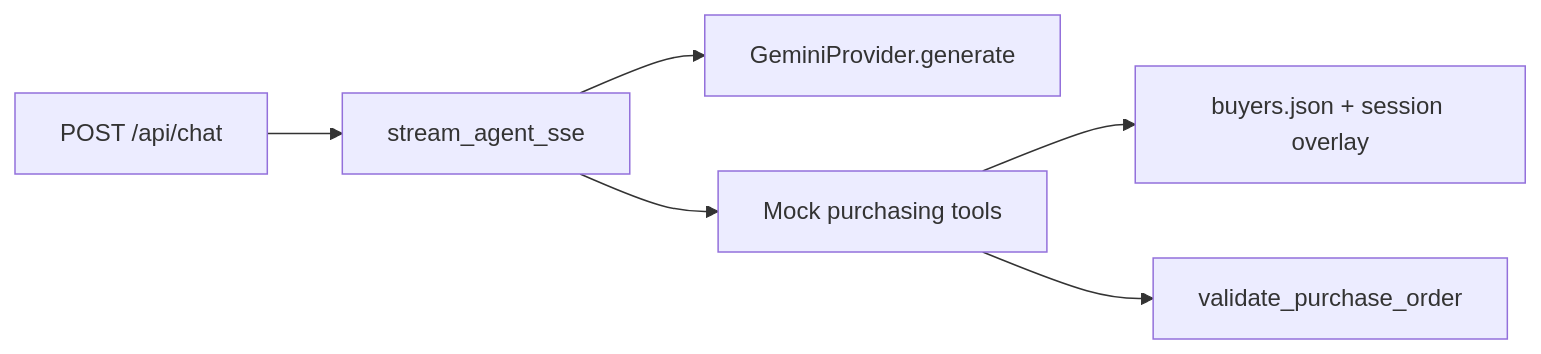
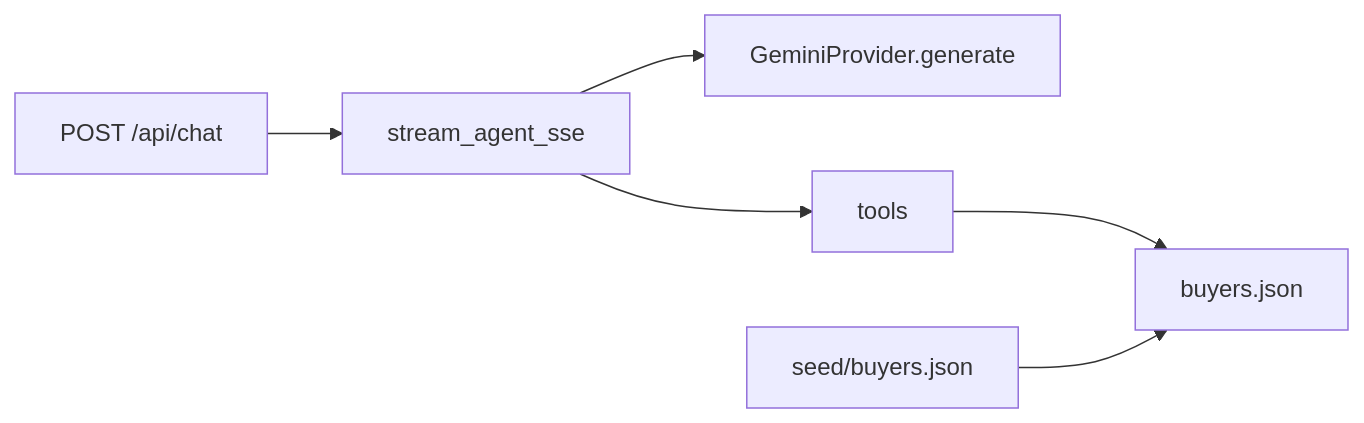
One commit to Tejas-Jain/agent-assignment changed the diagram in backend/README.md. Above: the diagram before and after it, drawn with Mermaid. The commit also changed other lines of this file and 14 other files, not shown here.

````diff
--- a/backend/README.md
+++ b/backend/README.md
@@ -60,8 +61,8 @@
 ```mermaid
 flowchart LR
   ChatAPI["POST /api/chat"] --> Runner[stream_agent_sse]
   Runner --> Gemini[GeminiProvider.generate]
-  Runner --> Tools[Mock purchasing tools]
-  Tools --> Store[buyers.json + session overlay]
-  Tools --> Validate[validate_purchase_order]
+  Runner --> Tools[tools]
+  Tools --> Live[buyers.json]
+  Seed[seed/buyers.json] --> Live
 ```
````
